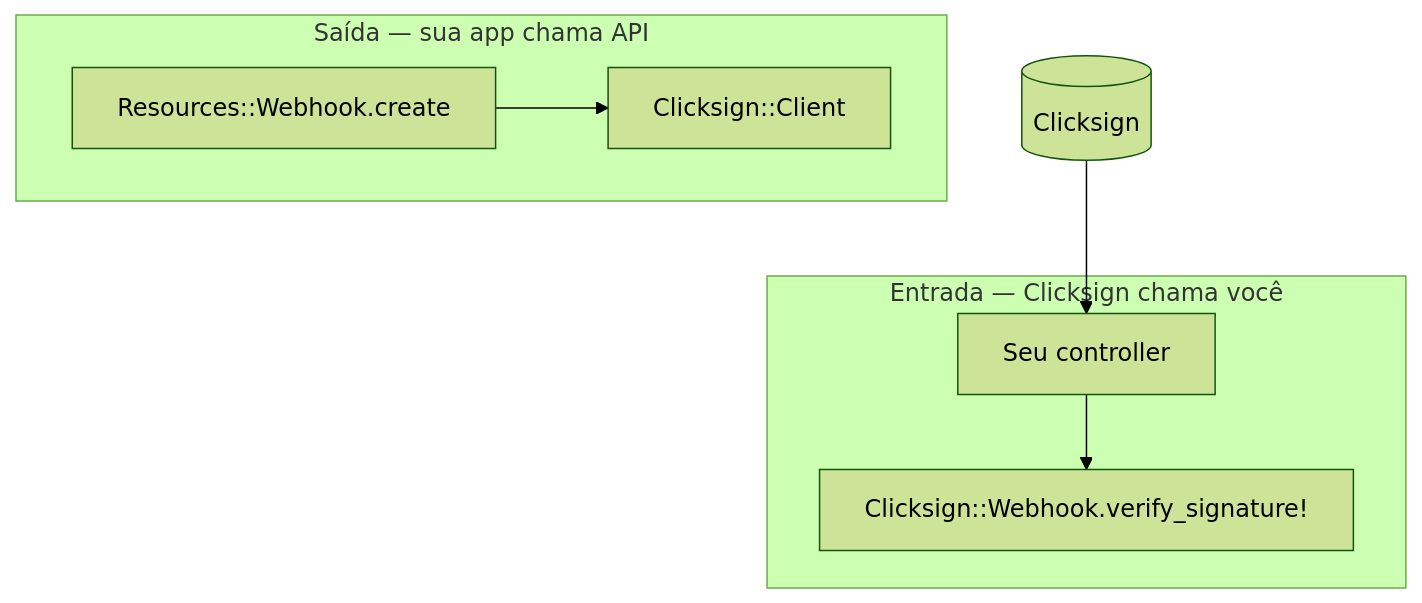
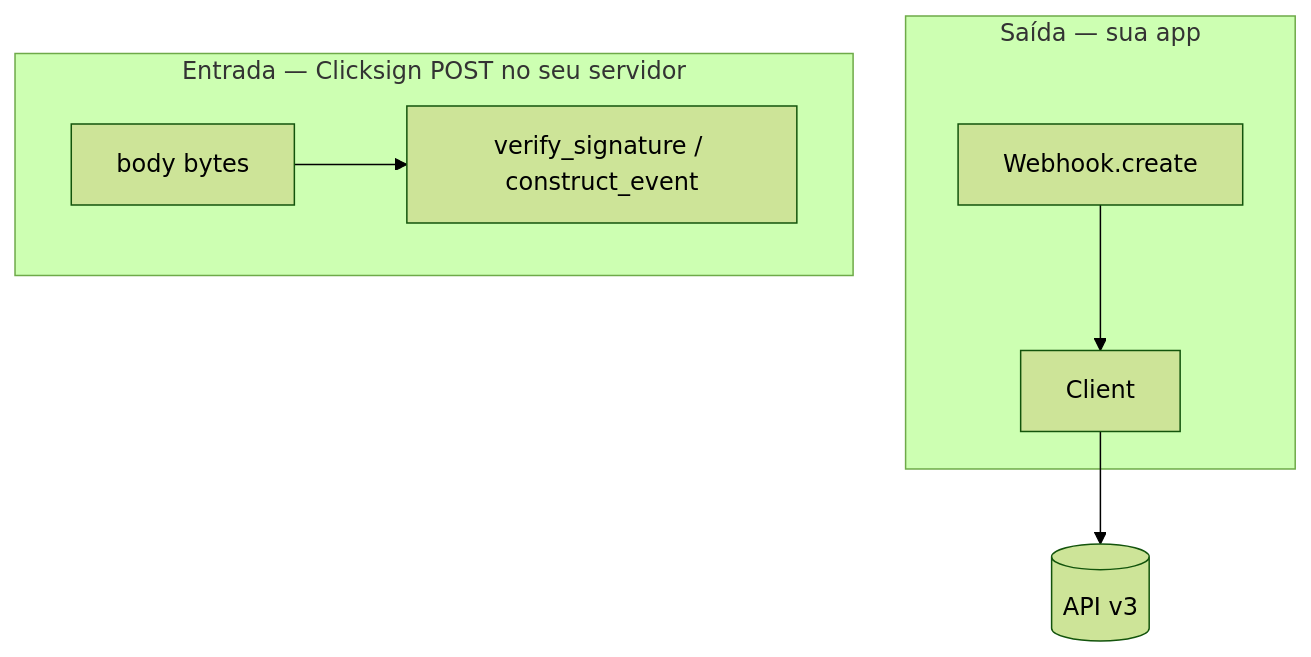
Before and after one commit to djosino/clicksign-python-sdk: the third of 4 diagrams in docs/ARCHITECTURE.md, drawn with Mermaid (forest theme). The commit also changed other lines of this file and 18 other files, not shown here.

````diff
--- a/docs/ARCHITECTURE.md
+++ b/docs/ARCHITECTURE.md
@@ -73,16 +76,16 @@
 ```mermaid
 flowchart TB
-  subgraph outbound [Saída — sua app chama API]
-    WH[Resources::Webhook.create]
-    CL[Clicksign::Client]
+  subgraph outbound [Saída — sua app]
+    WH[Webhook.create]
+    CL[Client]
   end
 
-  subgraph inbound [Entrada — Clicksign chama você]
-    CTRL[Seu controller]
-    MOD[Clicksign::Webhook.verify_signature!]
+  subgraph inbound [Entrada — Clicksign POST no seu servidor]
+    RAW[body bytes]
+    HMAC[verify_signature / construct_event]
   end
 
   WH --> CL
-  API[(Clicksign)] --> CTRL
-  CTRL --> MOD
+  CL --> API[(API v3)]
+  RAW --> HMAC
 ```
````
